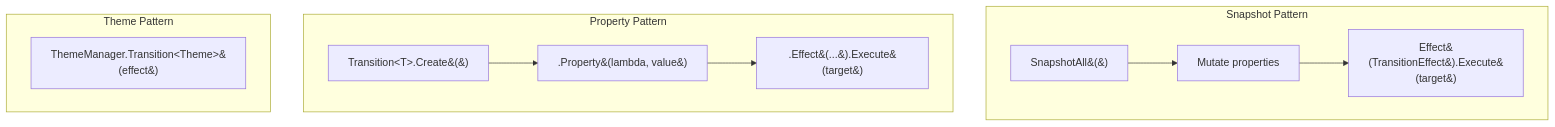
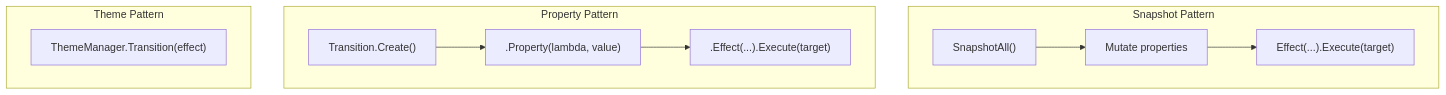
One commit to Axvser/VeloxDev changed the first of 2 diagrams in Docs/VeloxDev.Docs/Assets/Docs/en/2_DeepDive/5_Animation/index.md. Above: the diagram before and after it, drawn with Mermaid. The commit also changed other lines of this file and 101 other files, not shown here.

````diff
--- a/Docs/VeloxDev.Docs/Assets/Docs/en/2_DeepDive/5_Animation/index.md
+++ b/Docs/VeloxDev.Docs/Assets/Docs/en/2_DeepDive/5_Animation/index.md
@@ -9,16 +9,16 @@
 ```mermaid
 flowchart TB
-    subgraph Snapshot[Snapshot Pattern]
-        S1[SnapshotAll&#40;&#41;] --> S2[Mutate properties]
-        S2 --> S3[Effect&#40;TransitionEffect&#41;.Execute&#40;target&#41;]
+    subgraph Snapshot["Snapshot Pattern"]
+        S1["SnapshotAll()"] --> S2["Mutate properties"]
+        S2 --> S3["Effect(...).Execute(target)"]
     end
 
-    subgraph Property[Property Pattern]
-        P1[Transition&lt;T&gt;.Create&#40;&#41;] --> P2[.Property&#40;lambda, value&#41;]
-        P2 --> P3[.Effect&#40;...&#41;.Execute&#40;target&#41;]
+    subgraph Property["Property Pattern"]
+        P1["Transition.Create()"] --> P2[".Property(lambda, value)"]
+        P2 --> P3[".Effect(...).Execute(target)"]
     end
 
-    subgraph Theme[Theme Pattern]
-        T1[ThemeManager.Transition&lt;Theme&gt;&#40;effect&#41;]
+    subgraph Theme["Theme Pattern"]
+        T1["ThemeManager.Transition(effect)"]
     end
 ```
````
